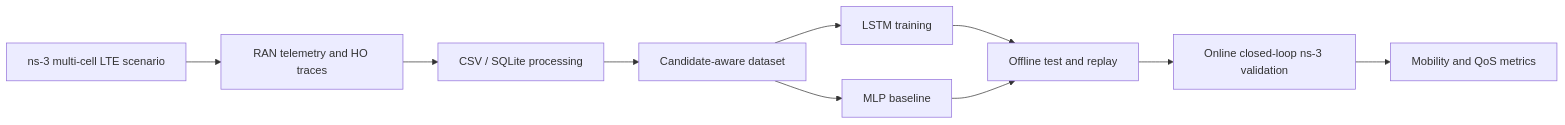
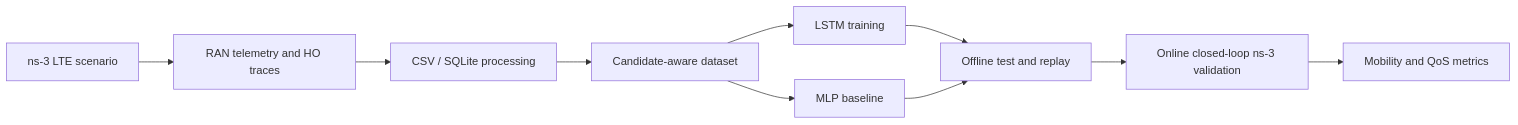
The diagram in README.md (rashidtalipov/yadro-telecom-mobility-simulation), drawn with Mermaid before and after one commit. The commit also changed other lines of this file and 14 other files, not shown here.

````diff
--- a/README.md
+++ b/README.md
@@ -106,12 +22,12 @@
 ```mermaid
 flowchart LR
-    A[ns-3 multi-cell LTE scenario] --> B[RAN telemetry and HO traces]
+    A[ns-3 LTE scenario] --> B[RAN telemetry and HO traces]
     B --> C[CSV / SQLite processing]
     C --> D[Candidate-aware dataset]
     D --> E[LSTM training]
     D --> F[MLP baseline]
     E --> G[Offline test and replay]
     F --> G
     G --> H[Online closed-loop ns-3 validation]
     H --> I[Mobility and QoS metrics]
 ```
````
